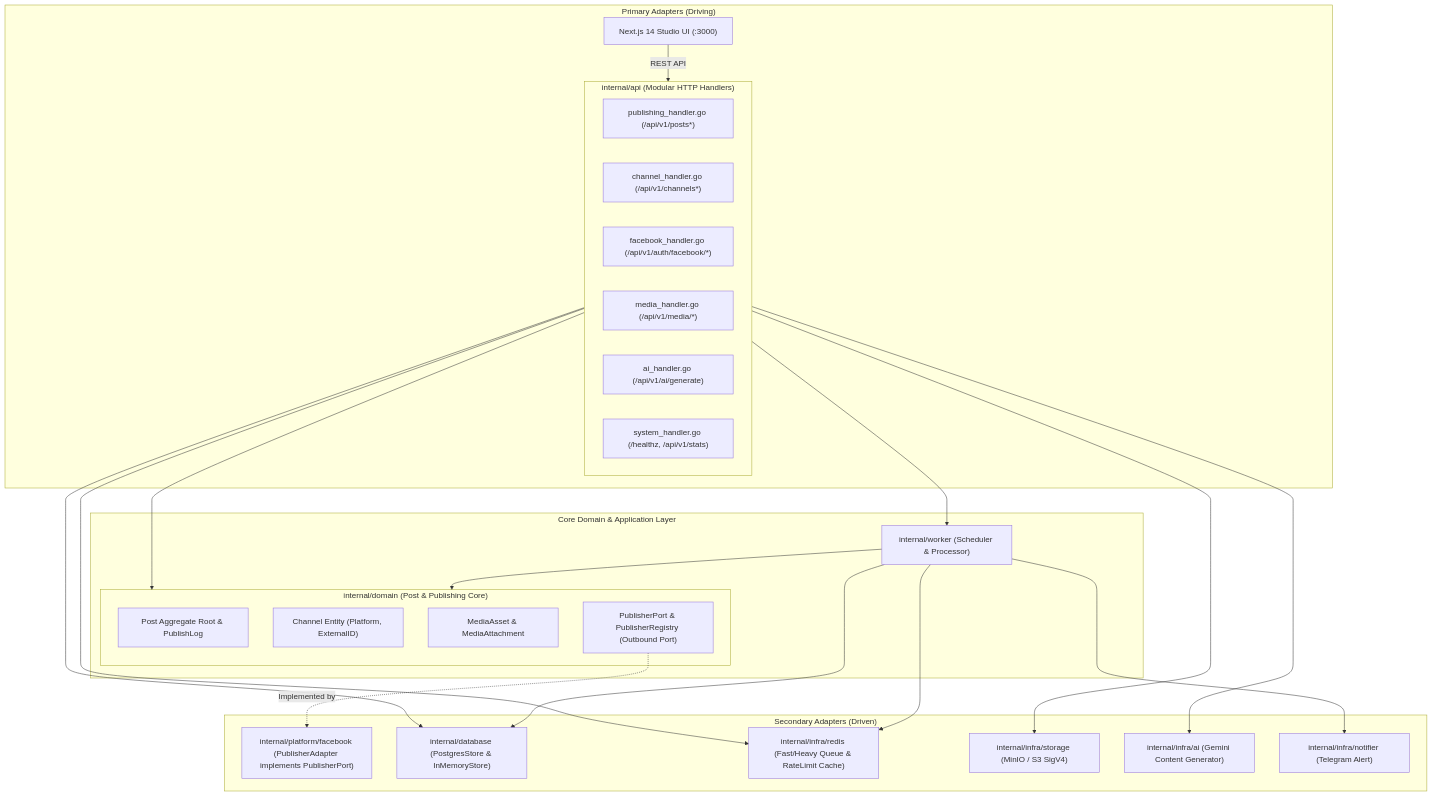
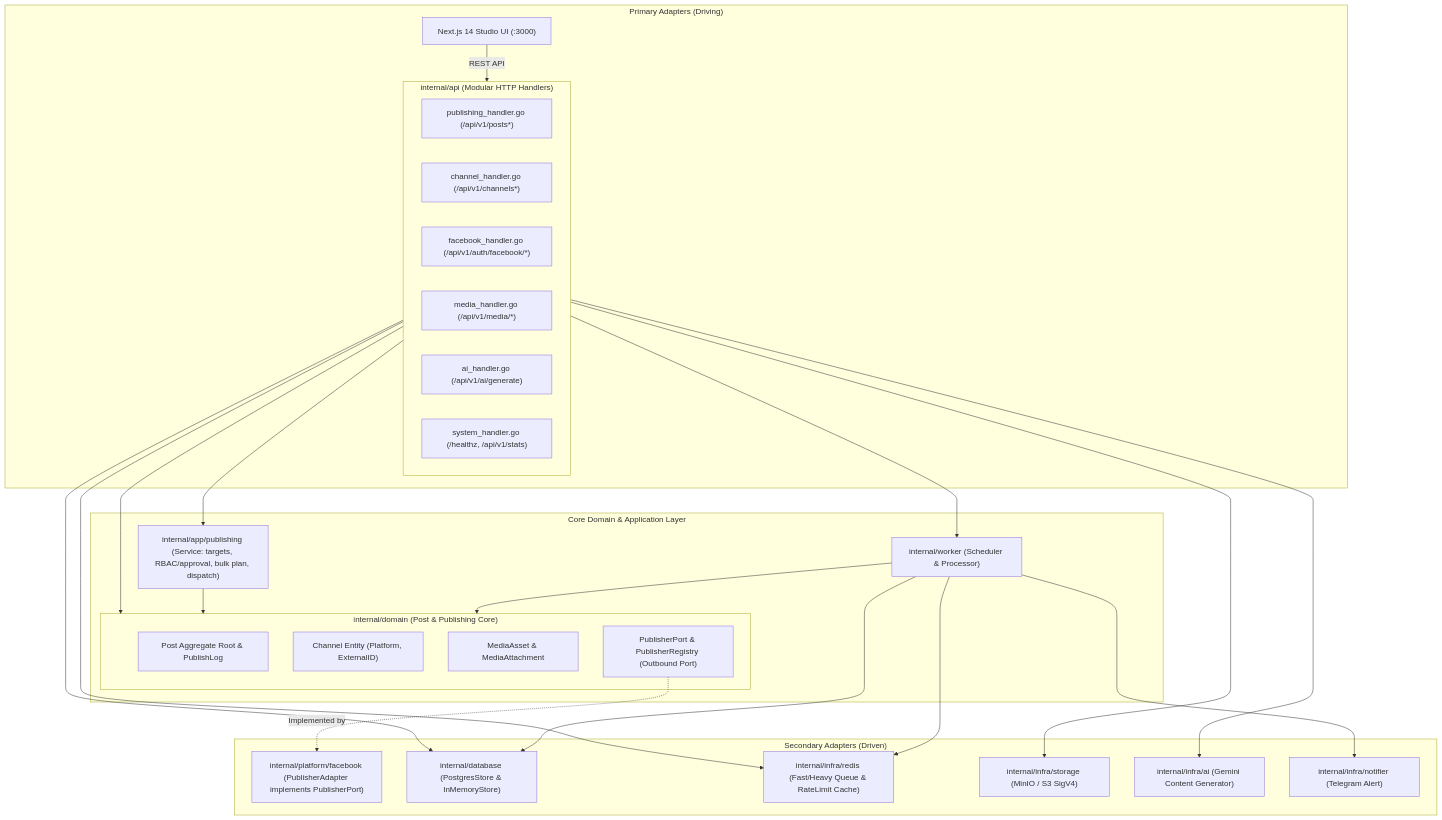
Before and after one commit to TruongHoang2004/PostPilot: the first of 5 diagrams in docs/ARCHITECTURE.md, drawn with Mermaid. The commit also changed other lines of this file and 80 other files, not shown here.

````diff
--- a/docs/ARCHITECTURE.md
+++ b/docs/ARCHITECTURE.md
@@ -81,46 +88,49 @@
 ```mermaid
 flowchart TB
     subgraph Primary ["Primary Adapters (Driving)"]
         FE["Next.js 14 Studio UI (:3000)"]
         subgraph API_Handlers ["internal/api (Modular HTTP Handlers)"]
             H_PUB["publishing_handler.go (/api/v1/posts*)"]
             H_CH["channel_handler.go (/api/v1/channels*)"]
             H_FB["facebook_handler.go (/api/v1/auth/facebook/*)"]
             H_MED["media_handler.go (/api/v1/media/*)"]
             H_AI["ai_handler.go (/api/v1/ai/generate)"]
             H_SYS["system_handler.go (/healthz, /api/v1/stats)"]
         end
         FE -->|"REST API"| API_Handlers
     end
 
     subgraph Core ["Core Domain & Application Layer"]
         WORKER["internal/worker (Scheduler & Processor)"]
         subgraph Domain ["internal/domain (Post & Publishing Core)"]
             ENT_POST["Post Aggregate Root & PublishLog"]
             ENT_CH["Channel Entity (Platform, ExternalID)"]
             ENT_MED["MediaAsset & MediaAttachment"]
             PORT_PUB["PublisherPort & PublisherRegistry (Outbound Port)"]
         end
         WORKER --> Domain
+        APP["internal/app/publishing (Service: targets, RBAC/approval, bulk plan, dispatch)"]
+        API_Handlers --> APP
+        APP --> Domain
         API_Handlers --> Domain
         API_Handlers --> WORKER
     end
 
     subgraph Secondary ["Secondary Adapters (Driven)"]
         FB_ADAPT["internal/platform/facebook (PublisherAdapter implements PublisherPort)"]
         DB_ADAPT["internal/database (PostgresStore & InMemoryStore)"]
         REDIS_ADAPT["internal/infra/redis (Fast/Heavy Queue & RateLimit Cache)"]
         S3_ADAPT["internal/infra/storage (MinIO / S3 SigV4)"]
         AI_ADAPT["internal/infra/ai (Gemini Content Generator)"]
         TELE_ADAPT["internal/infra/notifier (Telegram Alert)"]
     end
 
     PORT_PUB -.->|"Implemented by"| FB_ADAPT
     WORKER --> DB_ADAPT
     WORKER --> REDIS_ADAPT
     WORKER --> TELE_ADAPT
     API_Handlers --> DB_ADAPT
     API_Handlers --> REDIS_ADAPT
     API_Handlers --> S3_ADAPT
     API_Handlers --> AI_ADAPT
 ```
````
